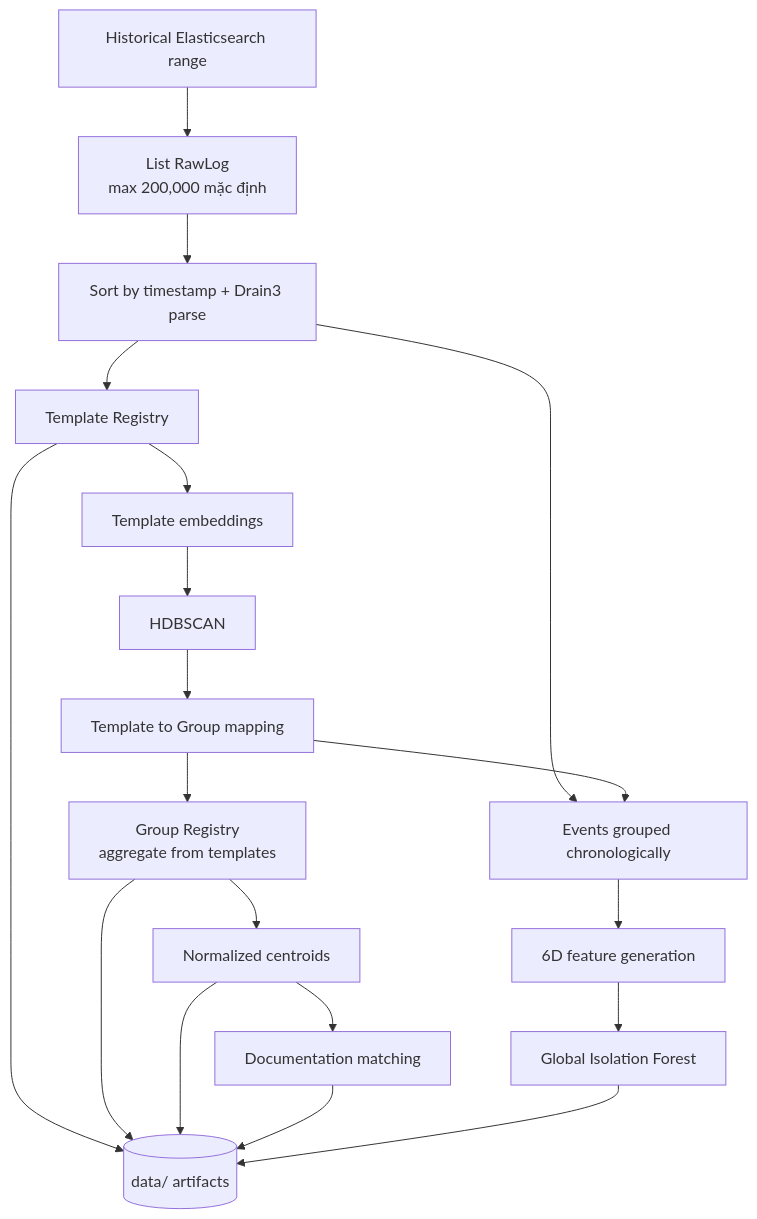
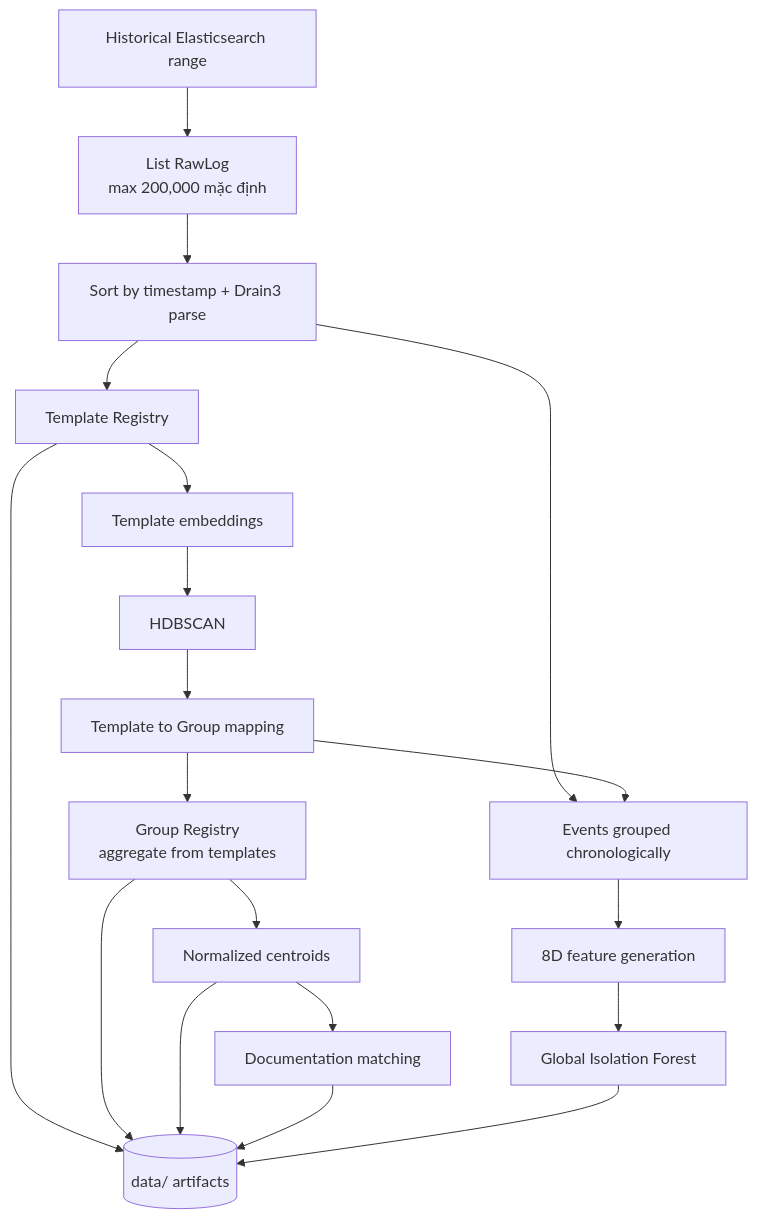
The second of 4 diagrams in ARCHITECTURE.md (Cong123z/LogAi), drawn with Mermaid before and after one commit. The commit also changed other lines of this file and 14 other files, not shown here.

````diff
--- a/ARCHITECTURE.md
+++ b/ARCHITECTURE.md
@@ -267,27 +267,27 @@
 ```mermaid
 flowchart TD
     A[Historical Elasticsearch range]
     B[List RawLog<br/>max 200,000 mặc định]
     C[Sort by timestamp + Drain3 parse]
     D[Template Registry]
     E[Template embeddings]
     F[HDBSCAN]
     G[Template to Group mapping]
     H[Group Registry<br/>aggregate from templates]
     I[Normalized centroids]
     J[Documentation matching]
     K[Events grouped chronologically]
-    L[6D feature generation]
+    L[8D feature generation]
     M[Global Isolation Forest]
     N[(data/ artifacts)]
 
     A --> B --> C --> D --> E --> F --> G
     G --> H --> I --> J
     C --> K
     G --> K --> L --> M
     D --> N
     H --> N
     I --> N
     J --> N
     M --> N
 ```
````
